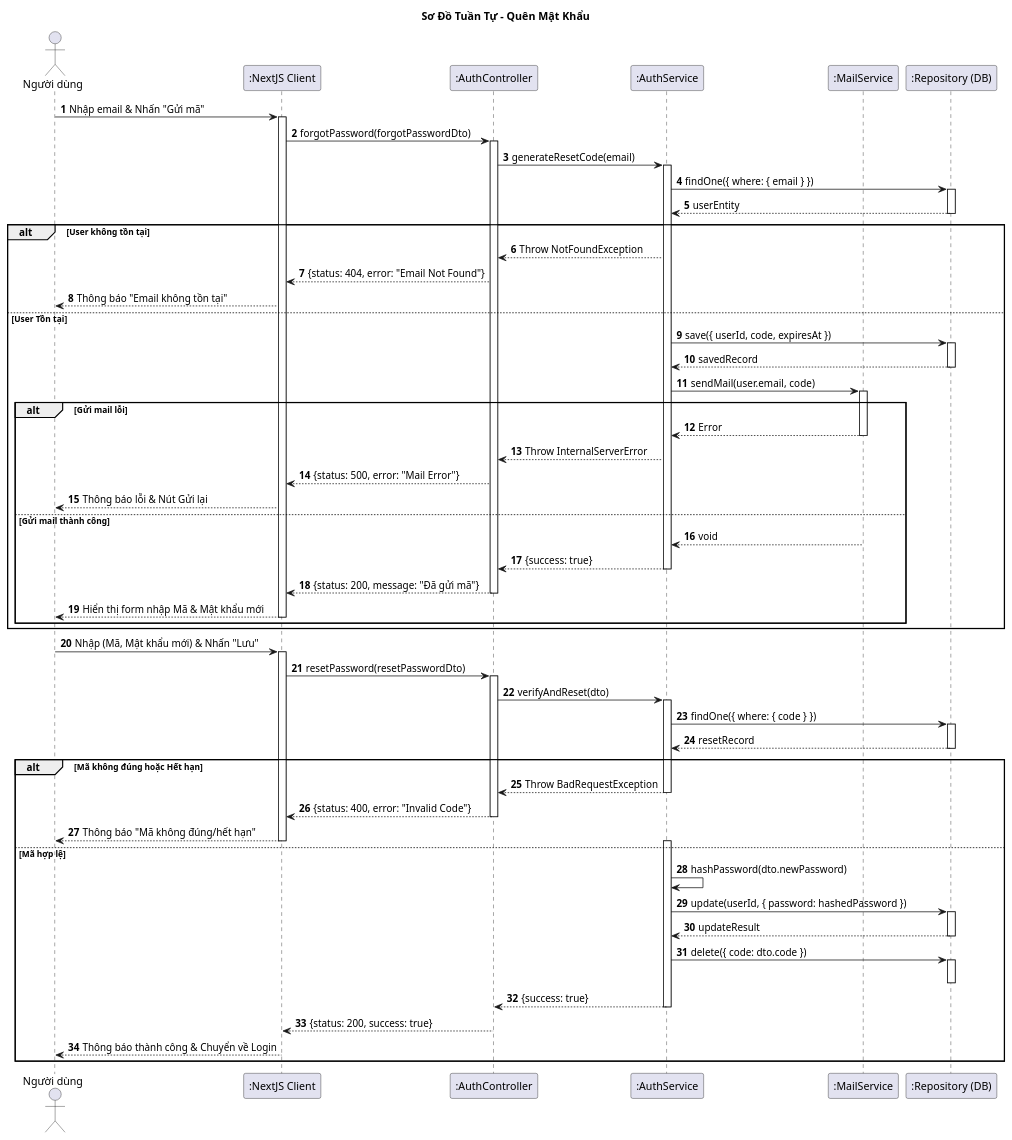
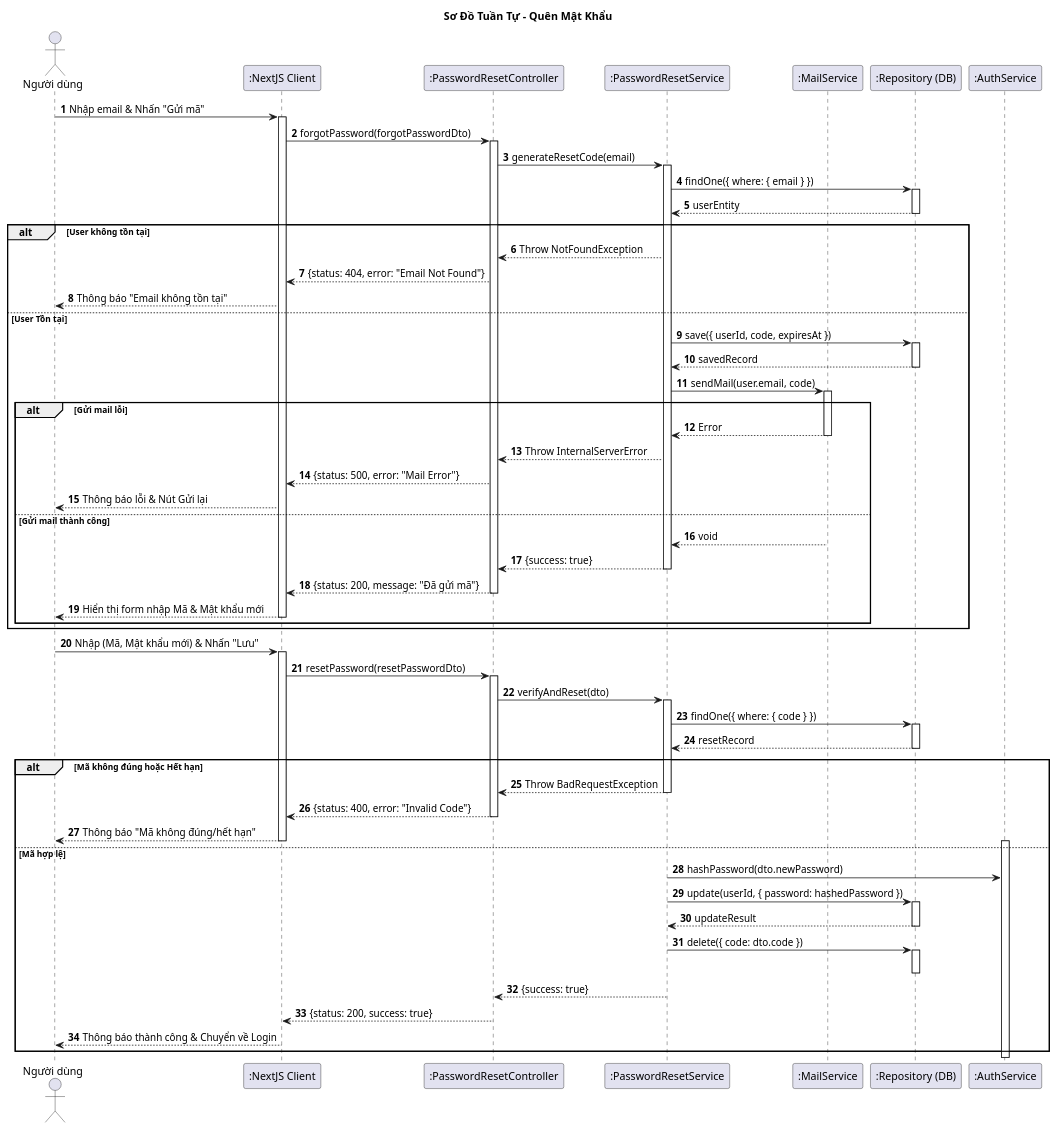
Before and after one commit to vinh047/soundwave: the diagram in Diagrams/SequenceDiagram/ForgotPasswordSD.plantuml, drawn with PlantUML. The commit also changed 13 other files, not shown here.

Commit message:
Update: Sửa Class Diagram thành mức phân tích

```diff
--- a/Diagrams/SequenceDiagram/ForgotPasswordSD.plantuml
+++ b/Diagrams/SequenceDiagram/ForgotPasswordSD.plantuml
@@ -1,112 +1,113 @@
 @startuml Sequence Diagram - Quên Mật Khẩu 
 
 title Sơ Đồ Tuần Tự - Quên Mật Khẩu 
 
 actor "Người dùng" as User
 participant ":NextJS Client" as UI
-participant ":AuthController" as Controller
-participant ":AuthService" as Service
+participant ":PasswordResetController" as Controller
+participant ":PasswordResetService" as Service
 participant ":MailService" as Mailer
 participant ":Repository (DB)" as DB
+participant ":AuthService" as AuthService
 
 autonumber
 
 ' === GIAI ĐOẠN 1: YÊU CẦU MÃ ===
 User -> UI: Nhập email & Nhấn "Gửi mã"
 activate UI
 UI -> Controller: forgotPassword(forgotPasswordDto)
 activate Controller
 
 ' Validate DTO tự động tại Controller (ValidationPipe)
 Controller -> Service: generateResetCode(email)
 activate Service
 
 ' --- Bước 1.1: Kiểm tra User & Lưu mã ---
 Service -> DB: findOne({ where: { email } })
 activate DB
 DB --> Service: userEntity
 deactivate DB
 
 alt User không tồn tại
     ' Trường hợp này báo lỗi rõ ràng để User biết nhập lại
     Service --> Controller: Throw NotFoundException
     
     Controller --> UI: {status: 404, error: "Email Not Found"}
     
     UI --> User: Thông báo "Email không tồn tại"
     
 else User Tồn tại
     ' Lưu mã vào DB
     Service -> DB: save({ userId, code, expiresAt })
     activate DB
     DB --> Service: savedRecord
     deactivate DB
 
     ' --- Bước 1.2: Gửi Email ---
     Service -> Mailer: sendMail(user.email, code)
     activate Mailer
     
     alt Gửi mail lỗi
         Mailer --> Service: Error
         deactivate Mailer
         Service --> Controller: Throw InternalServerError
         Controller --> UI: {status: 500, error: "Mail Error"}
         UI --> User: Thông báo lỗi & Nút Gửi lại
     else Gửi mail thành công
         Mailer --> Service: void
         deactivate Mailer
         Service --> Controller: {success: true}
         deactivate Service
         Controller --> UI: {status: 200, message: "Đã gửi mã"}
         deactivate Controller
         UI --> User: Hiển thị form nhập Mã & Mật khẩu mới
         deactivate UI
     end
 end
 
 ' === GIAI ĐOẠN 2: ĐẶT LẠI MẬT KHẨU (Giữ nguyên như cũ) ===
 ' ... (Phần dưới của bạn đã đúng rồi) ...
 User -> UI: Nhập (Mã, Mật khẩu mới) & Nhấn "Lưu"
 activate UI
 
 UI -> Controller: resetPassword(resetPasswordDto)
 activate Controller
 Controller -> Service: verifyAndReset(dto)
 activate Service
 
 Service -> DB: findOne({ where: { code } })
 activate DB
 DB --> Service: resetRecord
 deactivate DB
 
 alt Mã không đúng hoặc Hết hạn
     Service --> Controller: Throw BadRequestException
     deactivate Service
     Controller --> UI: {status: 400, error: "Invalid Code"}
     deactivate Controller
     UI --> User: Thông báo "Mã không đúng/hết hạn"
     deactivate UI
 
 else Mã hợp lệ
-    activate Service
-    Service -> Service: hashPassword(dto.newPassword)
+    activate AuthService
+    Service -> AuthService: hashPassword(dto.newPassword)
     
     Service -> DB: update(userId, { password: hashedPassword })
     activate DB
     DB --> Service: updateResult
     deactivate DB
     
     Service -> DB: delete({ code: dto.code })
     activate DB
     deactivate DB
     
     Service --> Controller: {success: true}
     deactivate Service
     
     Controller --> UI: {status: 200, success: true}
     deactivate Controller
     
     UI --> User: Thông báo thành công & Chuyển về Login
     deactivate UI
 end
 @enduml
```
